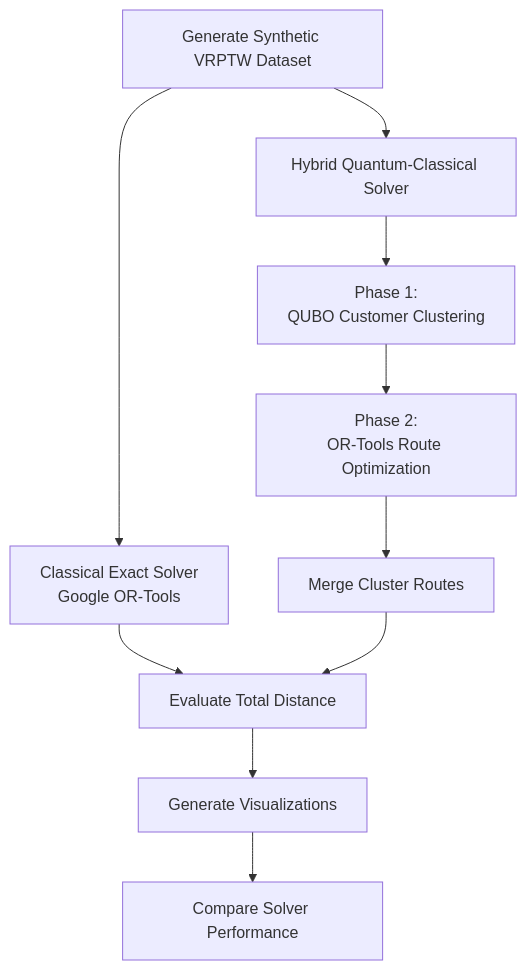
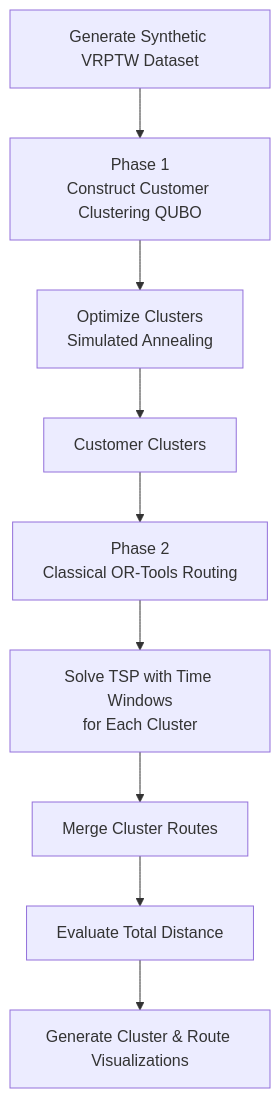
One commit to Prashik123/Qaig_optimization_screening changed the third of 3 diagrams in README.md. Above: the diagram before and after it, drawn with Mermaid. The commit also changed other lines of this file, not shown here.

````diff
--- a/README.md
+++ b/README.md
@@ -258,18 +173,21 @@
 ```mermaid
 flowchart TD
 
 A[Generate Synthetic VRPTW Dataset]
 
-A --> B1[Classical Exact Solver<br/>Google OR-Tools]
-A --> B2[Hybrid Quantum-Classical Solver]
+A --> B[Phase 1<br/>Construct Customer Clustering QUBO]
 
-B2 --> C[Phase 1:<br/>QUBO Customer Clustering]
-C --> D[Phase 2:<br/>OR-Tools Route Optimization]
-D --> E[Merge Cluster Routes]
+B --> C[Optimize Clusters<br/>Simulated Annealing]
 
-B1 --> F[Evaluate Total Distance]
-E --> F
+C --> D[Customer Clusters]
 
-F --> G[Generate Visualizations]
-G --> H[Compare Solver Performance]
+D --> E[Phase 2<br/>Classical OR-Tools Routing]
+
+E --> F[Solve TSP with Time Windows<br/>for Each Cluster]
+
+F --> G[Merge Cluster Routes]
+
+G --> H[Evaluate Total Distance]
+
+H --> I[Generate Cluster & Route Visualizations]
 ```
````
